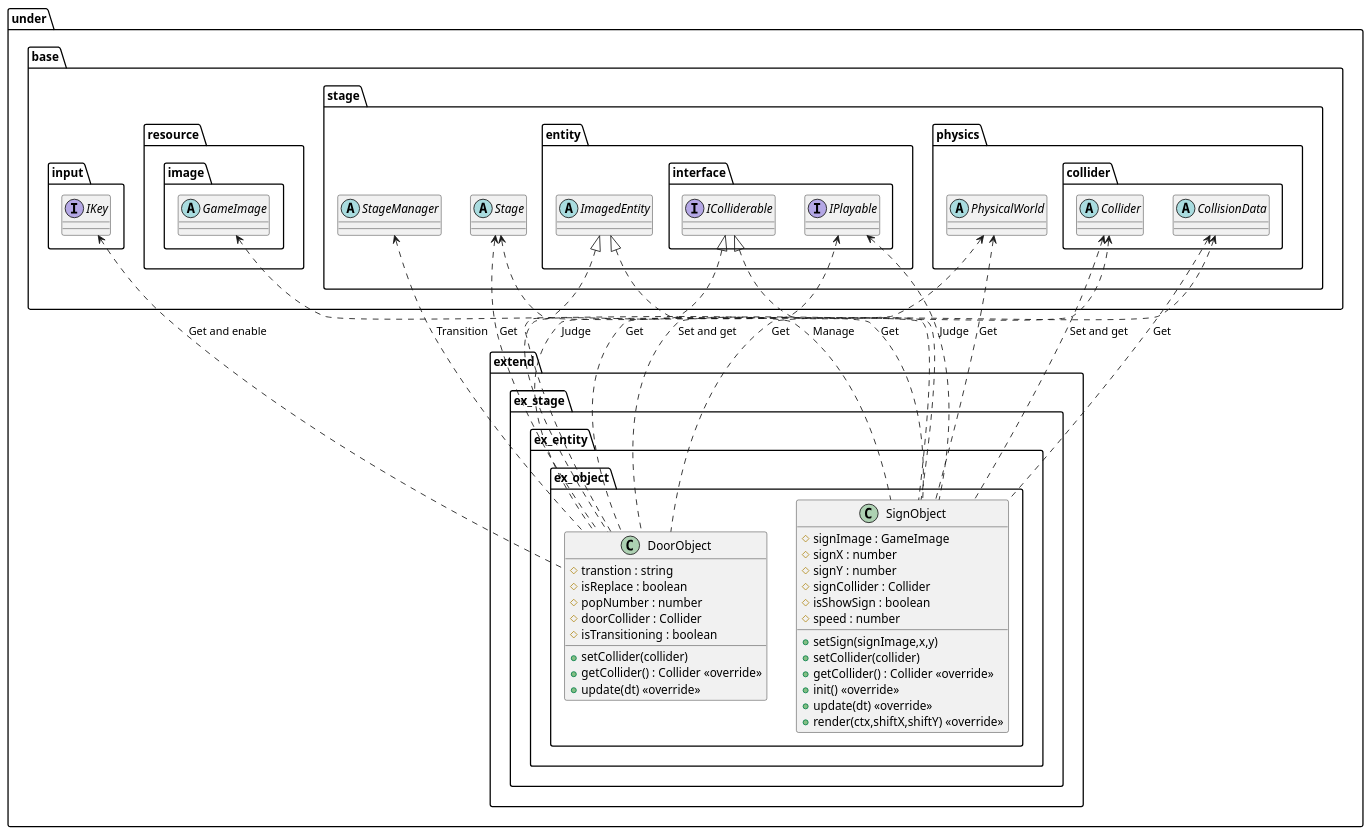
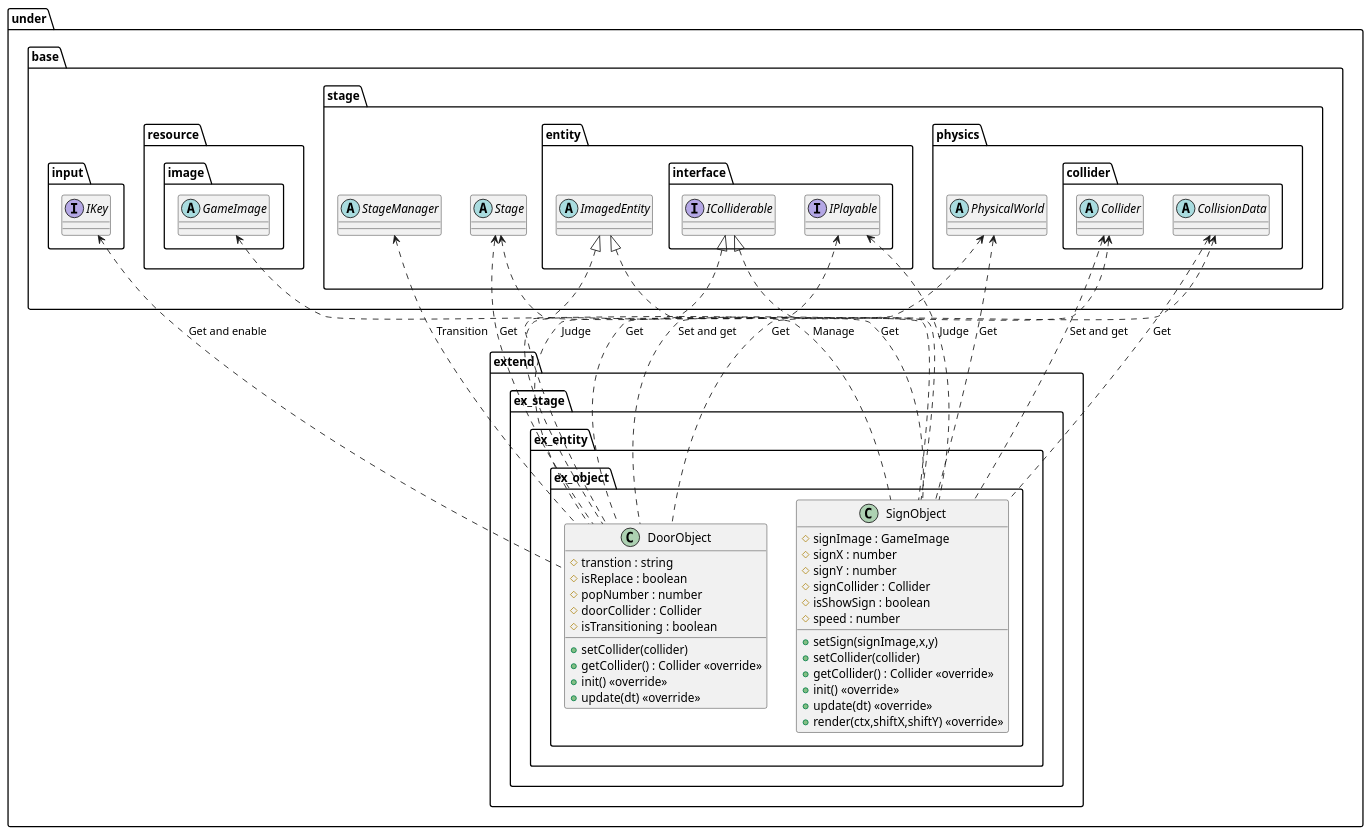
Before and after one commit to Expine/Under: the diagram in uml/entity/ExtendObject.wsd, drawn with PlantUML. The commit also changed 21 other files, not shown here.

Commit message:
Fix event uml, abstract input order

```diff
--- a/uml/entity/ExtendObject.wsd
+++ b/uml/entity/ExtendObject.wsd
@@ -1,88 +1,89 @@
 @startuml EntityExtendObject
 package under {
     package extend {
         package ex_stage {
             package ex_entity {
                 package ex_object {
                     class DoorObject {
                         #transtion : string
                         #isReplace : boolean
                         #popNumber : number
                         #doorCollider : Collider
                         #isTransitioning : boolean
                         +setCollider(collider)
                         +getCollider() : Collider <<override>>
+                        +init() <<override>>
                         +update(dt) <<override>>
                     }
                     class SignObject {
                         #signImage : GameImage
                         #signX : number
                         #signY : number
                         #signCollider : Collider
                         #isShowSign : boolean
                         #speed : number
                         +setSign(signImage,x,y)
                         +setCollider(collider)
                         +getCollider() : Collider <<override>>
                         +init() <<override>>
                         +update(dt) <<override>>
                         +render(ctx,shiftX,shiftY) <<override>>
                     }
                 }
             }
         }
     }
 }
 
 package under {
     package base {
         package input {
             interface IKey
         }
         package resource {
             package image {
                 abstract GameImage
             }
         }
         package stage {
             abstract Stage
             abstract StageManager
             package entity {
                 abstract ImagedEntity
                 package interface {
                     interface IPlayable
                     interface IColliderable
                 }
             }
             package physics {
                 abstract PhysicalWorld
                 package collider {
                     abstract Collider
                     abstract CollisionData
                 }
             }
         }
     }
 }
 
 Collider <.. DoorObject : Set and get
 IKey <.. DoorObject : Get and enable
 StageManager <.. DoorObject : Transition
 Stage <.. DoorObject : Get
 PhysicalWorld <.. DoorObject : Get
 CollisionData <.. DoorObject : Get
 IPlayable <.. DoorObject : Judge
 
 Collider <.. SignObject : Set and get
 GameImage <.. SignObject : Manage
 Stage <.. SignObject : Get
 PhysicalWorld <.. SignObject : Get
 CollisionData <.. SignObject : Get
 IPlayable <.. SignObject : Judge
 
 ImagedEntity <|.. DoorObject
 IColliderable <|.. DoorObject
 ImagedEntity <|.. SignObject
 IColliderable <|.. SignObject
 
 @enduml
```
